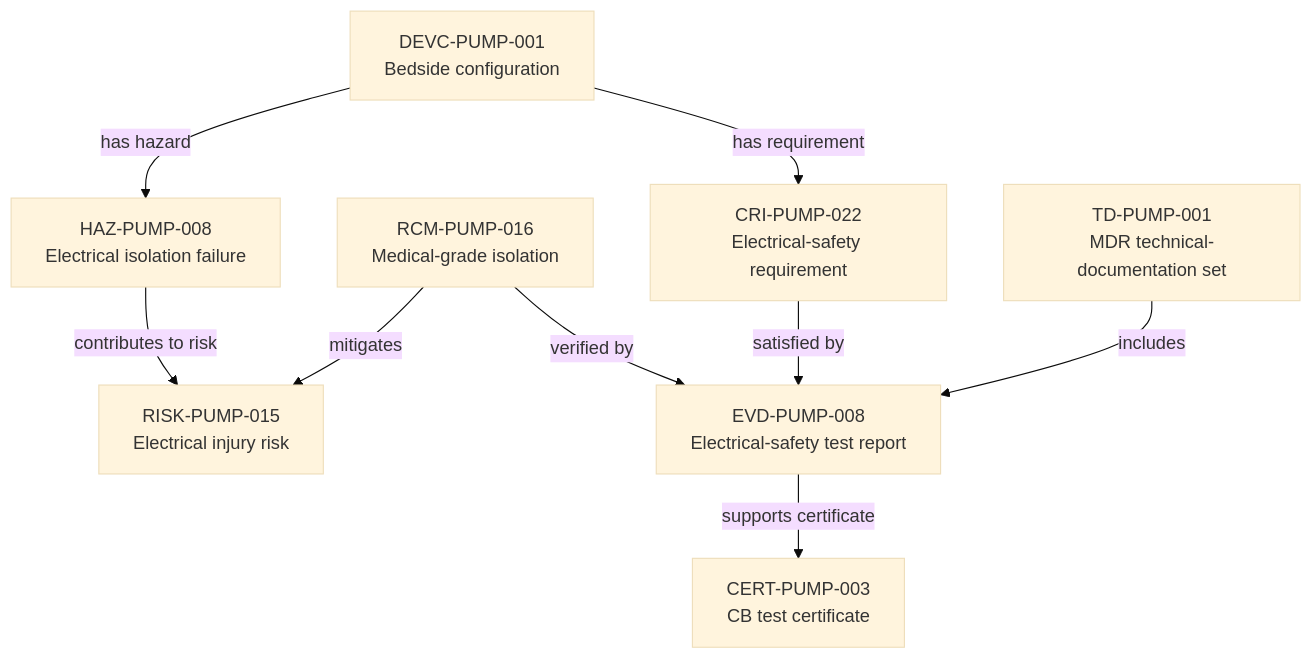
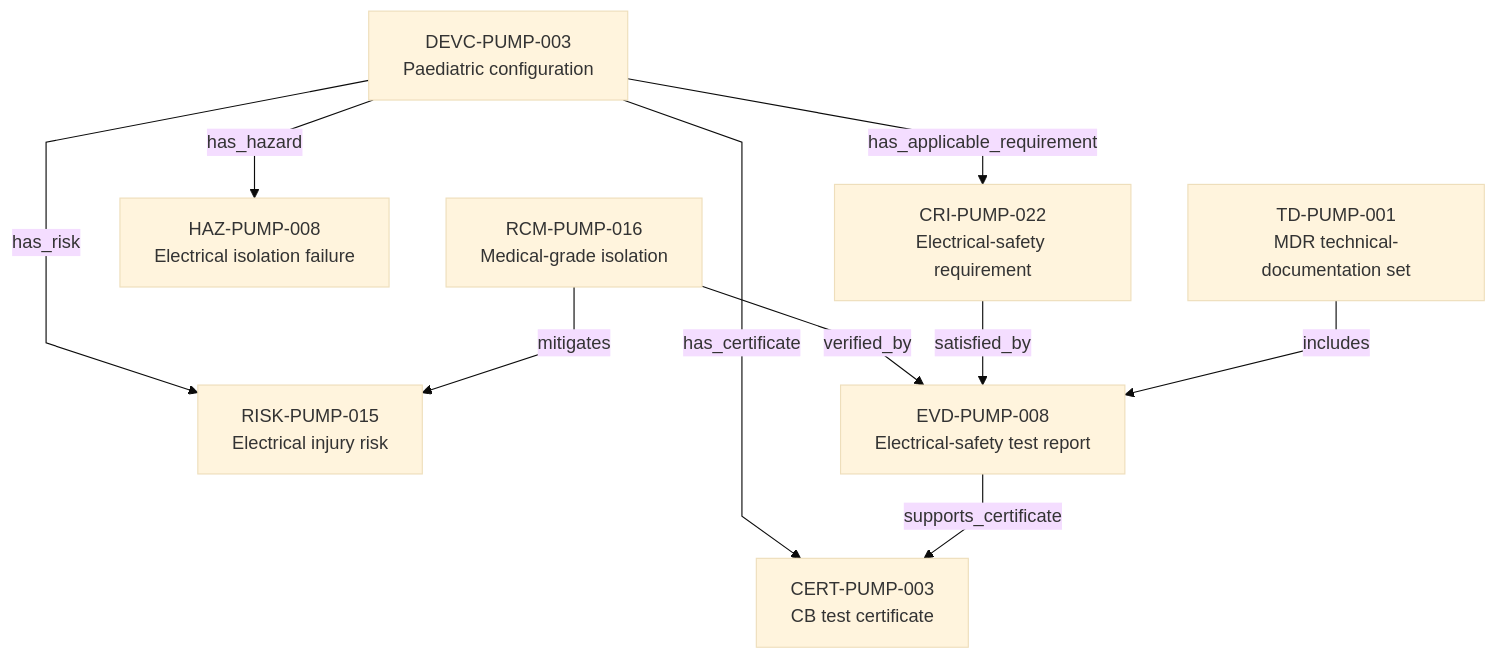
Before and after one commit to mvattulainen/mdrontology: the diagram in content/06-Infpump FlowGuard ontology notes/connections/08-electrical-safety-compliance-trace.md, drawn with Mermaid (base theme). The commit also changed other lines of this file and 321 other files, not shown here.

Commit message:
Implement Mermaid ontology audit findings

````diff
--- a/content/06-Infpump FlowGuard ontology notes/connections/08-electrical-safety-compliance-trace.md
+++ b/content/06-Infpump FlowGuard ontology notes/connections/08-electrical-safety-compliance-trace.md
@@ -25,27 +24,29 @@
 ```mermaid
+%%{init: {"flowchart": {"curve": "linear"}}}%%
 flowchart TD
-  N1["DEVC-PUMP-001<br/>Bedside configuration"]
+  N1["DEVC-PUMP-003<br/>Paediatric configuration"]
   N2["CRI-PUMP-022<br/>Electrical-safety requirement"]
   N3["HAZ-PUMP-008<br/>Electrical isolation failure"]
   N4["RISK-PUMP-015<br/>Electrical injury risk"]
   N5["RCM-PUMP-016<br/>Medical-grade isolation"]
   N6["EVD-PUMP-008<br/>Electrical-safety test report"]
   N7["CERT-PUMP-003<br/>CB test certificate"]
   N8["TD-PUMP-001<br/>MDR technical-documentation set"]
-  N1 -->|has requirement| N2
-  N1 -->|has hazard| N3
-  N3 -->|contributes to risk| N4
+  N1 -->|has_applicable_requirement| N2
+  N1 -->|has_hazard| N3
+  N1 -->|has_risk| N4
+  N1 -->|has_certificate| N7
   N5 -->|mitigates| N4
-  N5 -->|verified by| N6
-  N2 -->|satisfied by| N6
-  N6 -->|supports certificate| N7
+  N5 -->|verified_by| N6
+  N2 -->|satisfied_by| N6
+  N6 -->|supports_certificate| N7
   N8 -->|includes| N6
-  click N1 "/06-infpump-flowguard-ontology-notes/device-configuration/devc-pump-001-infpump-flowguard-bedside-configuration-10" "Open DEVC-PUMP-001"
+  click N1 "/06-infpump-flowguard-ontology-notes/device-configuration/devc-pump-003-infpump-flowguard-paediatric-configuration-10" "Open DEVC-PUMP-003"
   click N2 "/06-infpump-flowguard-ontology-notes/compliance-requirement-instance/cri-pump-022-electrical-safety" "Open CRI-PUMP-022"
   click N3 "/06-infpump-flowguard-ontology-notes/hazard/haz-pump-008-electrical-isolation-failure" "Open HAZ-PUMP-008"
   click N4 "/06-infpump-flowguard-ontology-notes/risk/risk-pump-015-clinical-injury-following-electrical-isolation-failure" "Open RISK-PUMP-015"
   click N5 "/06-infpump-flowguard-ontology-notes/risk-control-measure/rcm-pump-016-medical-grade-isolation-barrier" "Open RCM-PUMP-016"
   click N6 "/06-infpump-flowguard-ontology-notes/verification-evidence/evd-pump-008-electrical-safety-test-report" "Open EVD-PUMP-008"
   click N7 "/06-infpump-flowguard-ontology-notes/certificate/cert-pump-003-electrical-safety-cb-test-certificate" "Open CERT-PUMP-003"
   click N8 "/06-infpump-flowguard-ontology-notes/technical-documentation-set/td-pump-001-infpump-flowguard-mdr-technical-documentation-set" "Open TD-PUMP-001"
 ```
````
